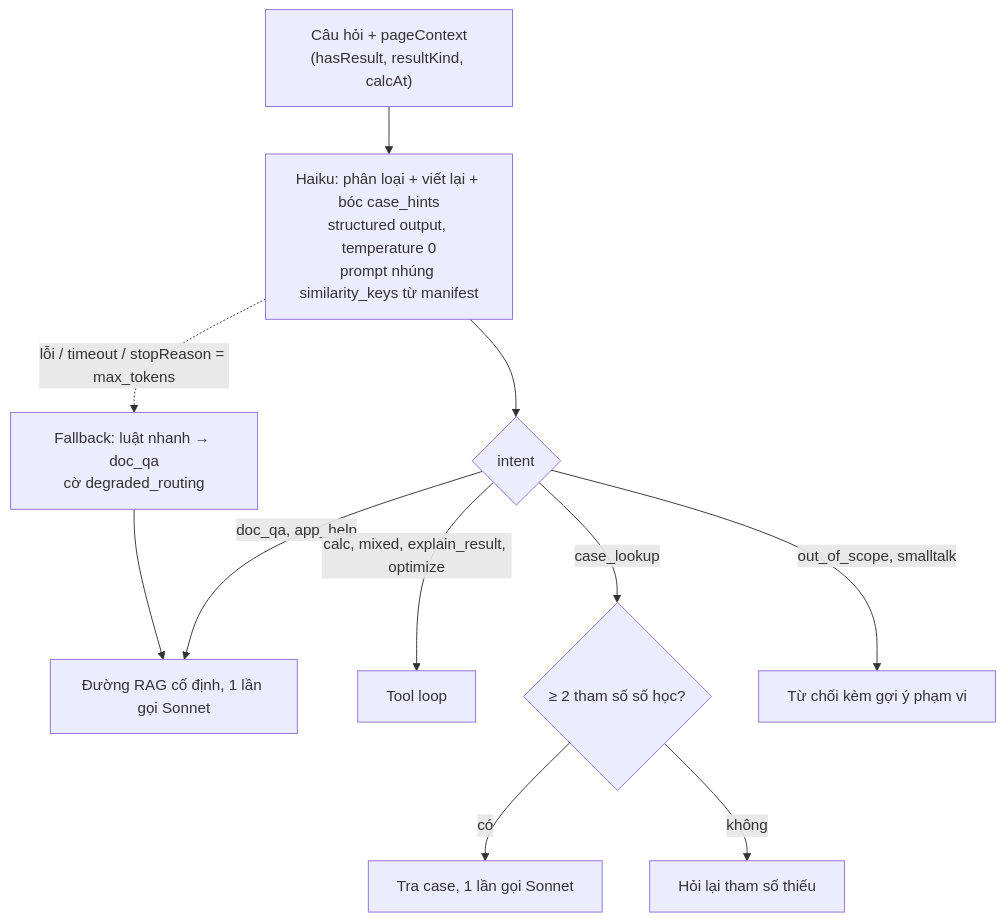
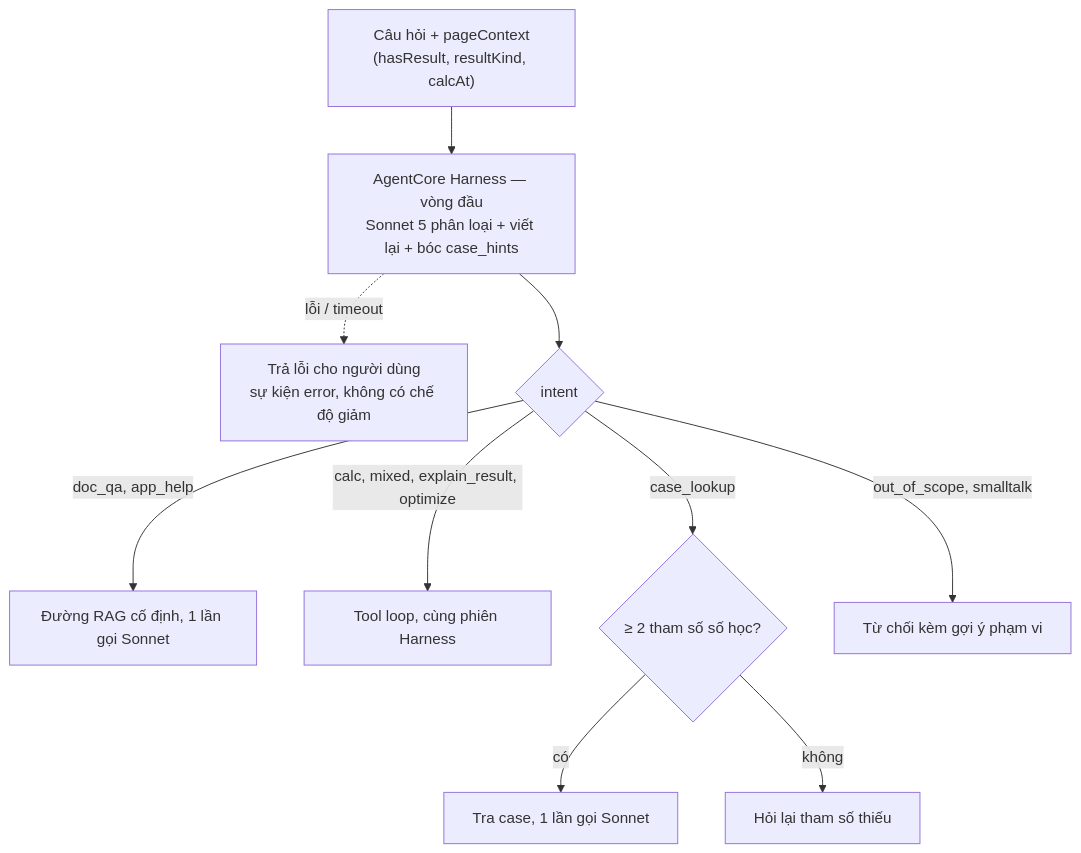
Before and after one commit to vdloc/vfstructures-ai-solution: the sixth of 15 diagrams in ship/01-kien-truc.md, drawn with Mermaid. The commit also changed other lines of this file and 17 other files, not shown here.

First line of the commit message:
docs(arch): fold intent routing into the AgentCore Harness first turn (AD-15)

````diff
--- a/ship/01-kien-truc.md
+++ b/ship/01-kien-truc.md
@@ -477,13 +477,12 @@
 ```mermaid
 flowchart TD
- Q["Câu hỏi + pageContext<br/>(hasResult, resultKind, calcAt)"] --> LLMR["Haiku: phân loại + viết lại + bóc case_hints<br/>structured output, temperature 0<br/>prompt nhúng similarity_keys từ manifest"]
- LLMR -.->|"lỗi / timeout / stopReason = max_tokens"| FB["Fallback: luật nhanh → doc_qa<br/>cờ degraded_routing"]
- LLMR --> CLS{"intent"}
+ Q["Câu hỏi + pageContext<br/>(hasResult, resultKind, calcAt)"] --> H["AgentCore Harness — vòng đầu<br/>Sonnet 5 phân loại + viết lại + bóc case_hints"]
+ H -.->|"lỗi / timeout"| ERR["Trả lỗi cho người dùng<br/>sự kiện error, không có chế độ giảm"]
+ H --> CLS{"intent"}
  CLS -->|"doc_qa, app_help"| P1["Đường RAG cố định, 1 lần gọi Sonnet"]
- CLS -->|"calc, mixed, explain_result, optimize"| P2["Tool loop"]
+ CLS -->|"calc, mixed, explain_result, optimize"| P2["Tool loop, cùng phiên Harness"]
  CLS -->|"case_lookup"| HINT{"≥ 2 tham số số học?"}
  CLS -->|"out_of_scope, smalltalk"| P4["Từ chối kèm gợi ý phạm vi"]
  HINT -->|"có"| P3["Tra case, 1 lần gọi Sonnet"]
  HINT -->|"không"| ASK["Hỏi lại tham số thiếu"]
- FB --> P1
 ```
````
